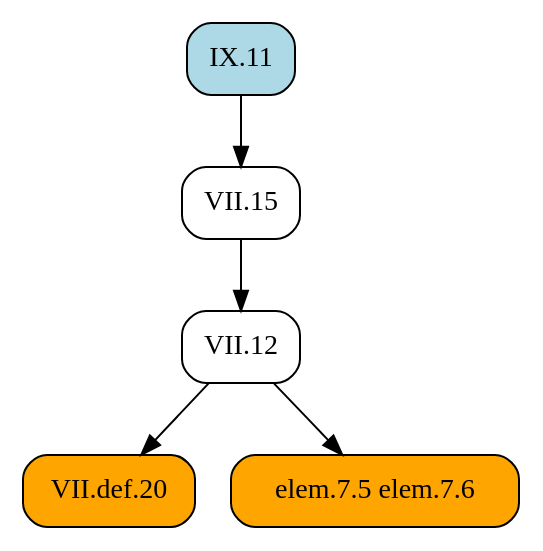
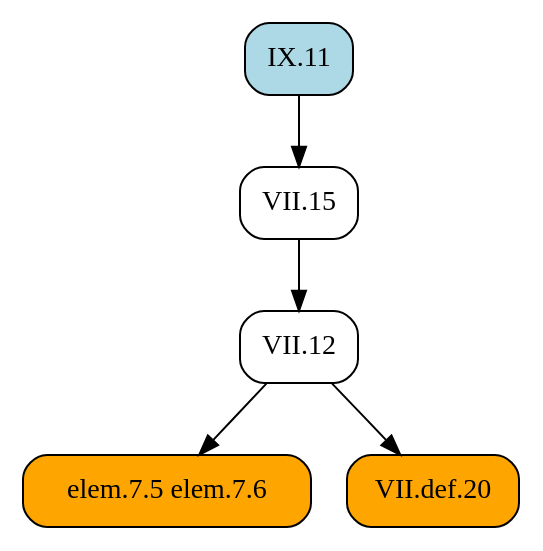
One commit to geometor/elements changed the diagram in docsrc/heath/IX/11/index.rst. Above: the diagram before and after it, drawn with Graphviz. The commit also changed other lines of this file and 1029 other files, not shown here.

```diff
--- a/docsrc/heath/IX/11/index.rst
+++ b/docsrc/heath/IX/11/index.rst
@@ -39,15 +39,15 @@
 .. graphviz::
 
    digraph {
      rankdir="TB";
      node [shape=box, style=rounded];
+     "elem.7.5 elem.7.6" [style="rounded,filled", fillcolor=orange];
+     "VII.12" [URL="/heath/VII/12/", target="_top"];
+     "VII.15" [URL="/heath/VII/15/", target="_top"];
      "VII.def.20" [style="rounded,filled", fillcolor=orange, URL="/heath/VII/def.20/", target="_top"];
-     "elem.7.5 elem.7.6" [style="rounded,filled", fillcolor=orange];
-     "VII.15" [URL="/heath/VII/15/", target="_top"];
-     "VII.12" [URL="/heath/VII/12/", target="_top"];
      "IX.11" [style="rounded,filled", fillcolor=lightblue, URL="/heath/IX/11/", target="_top"];
+     "VII.12" -> "elem.7.5 elem.7.6";
+     "VII.15" -> "VII.12";
+     "IX.11" -> "VII.15";
      "VII.12" -> "VII.def.20";
-     "VII.12" -> "elem.7.5 elem.7.6";
-     "IX.11" -> "VII.15";
-     "VII.15" -> "VII.12";
    }
```
